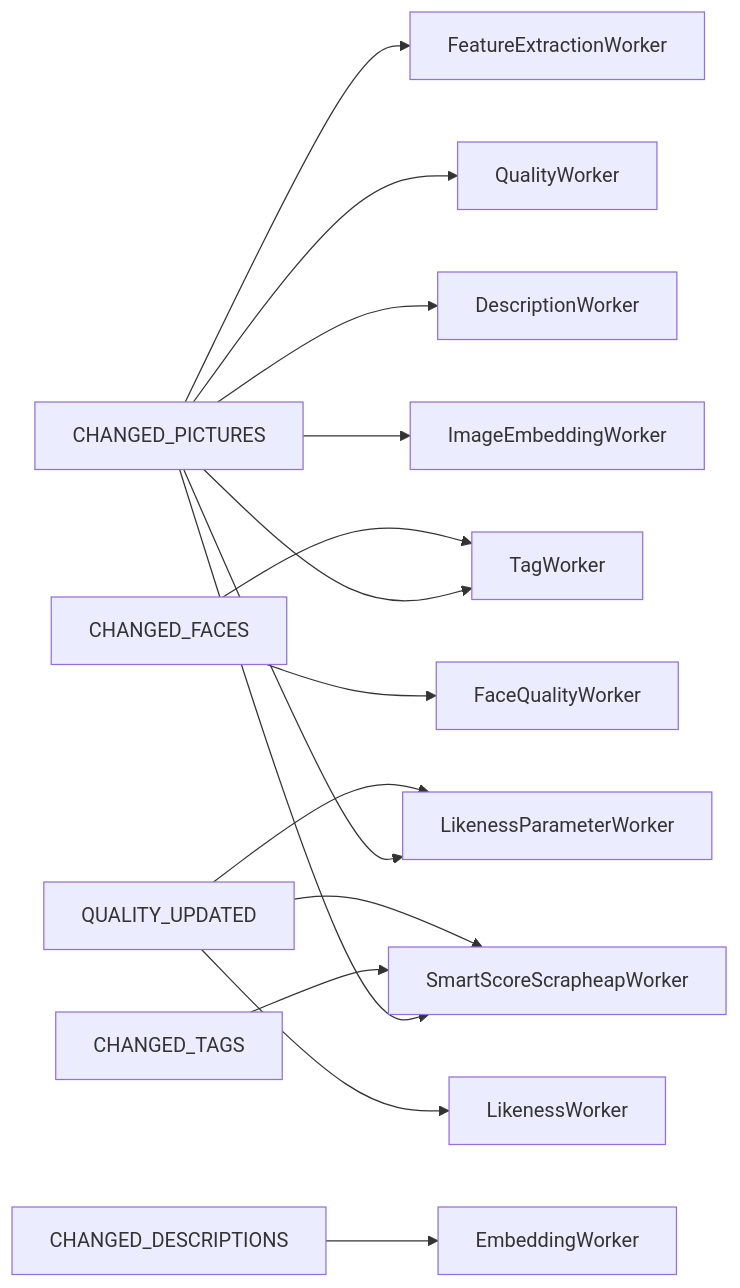
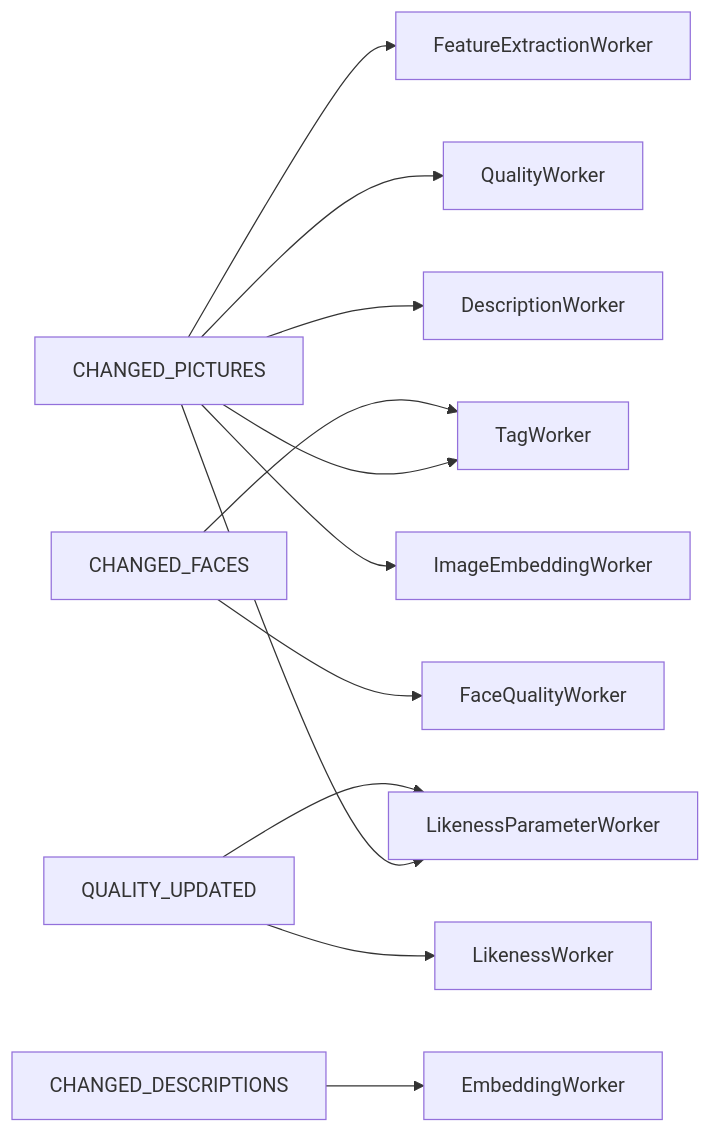
The second of 2 diagrams in docs/picture_processing_dependency_graph.md (Pixelurgy/pixlvault), drawn with Mermaid before and after one commit. The commit also changed other lines of this file and 8 other files, not shown here.

````diff
--- a/docs/picture_processing_dependency_graph.md
+++ b/docs/picture_processing_dependency_graph.md
@@ -45,19 +44,15 @@
 ```mermaid
 flowchart LR
     CP[CHANGED_PICTURES] --> W1[FeatureExtractionWorker]
     CP --> W2[TagWorker]
     CP --> W3[QualityWorker]
     CP --> W4[DescriptionWorker]
     CP --> W5[ImageEmbeddingWorker]
     CP --> W6[LikenessParameterWorker]
-    CP --> W7[SmartScoreScrapheapWorker]
-
     CF[CHANGED_FACES] --> W8[FaceQualityWorker]
     CF --> W2
 
-    CT[CHANGED_TAGS] --> W7
     CD[CHANGED_DESCRIPTIONS] --> W9[EmbeddingWorker]
     QU[QUALITY_UPDATED] --> W10[LikenessWorker]
     QU --> W6
-    QU --> W7
 ```
````
